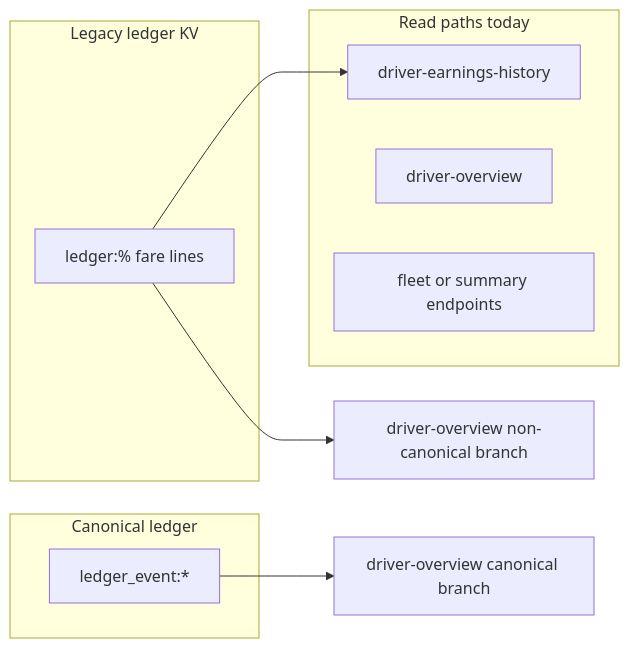
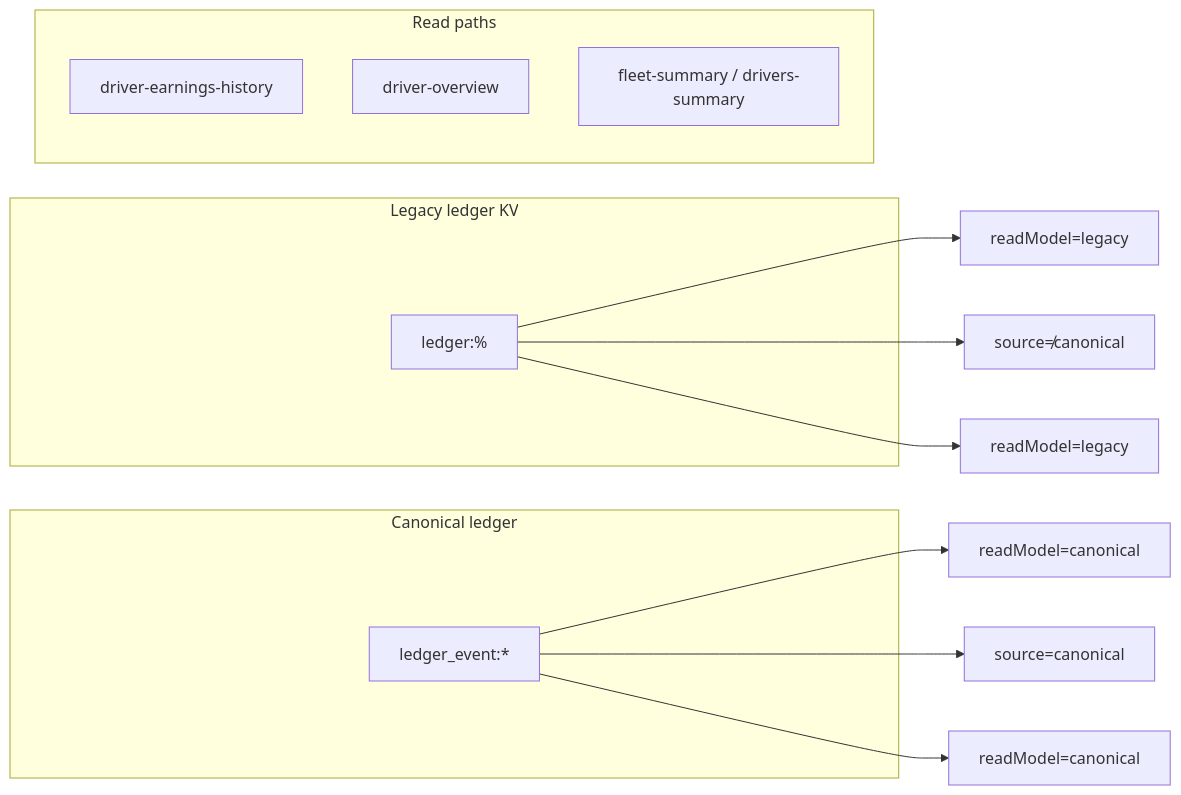
The diagram in src/solution.md (DeekiiiiiiiT/Goride), drawn with Mermaid before and after one commit. The commit also changed other lines of this file and 1 other file, not shown here.

````diff
--- a/src/solution.md
+++ b/src/solution.md
@@ -14,17 +14,20 @@
 ```mermaid
 flowchart LR
   subgraph legacy [Legacy ledger KV]
-    L[ledger:% fare lines]
+    L[ledger:%]
   end
   subgraph canonical [Canonical ledger]
     E[ledger_event:*]
   end
-  subgraph reads [Read paths today]
+  subgraph reads [Read paths]
     EH[driver-earnings-history]
     OV[driver-overview]
-    FS[fleet or summary endpoints]
+    FS[fleet-summary / drivers-summary]
   end
-  L --> EH
-  L --> OV_noncanon[driver-overview non-canonical branch]
-  E --> OV_canon[driver-overview canonical branch]
+  L --> EH_legacy[readModel=legacy]
+  L --> OV_legacy[source≠canonical]
+  L --> FS_legacy[readModel=legacy]
+  E --> EH_canon[readModel=canonical]
+  E --> OV_canon[source=canonical]
+  E --> FS_canon[readModel=canonical]
 ```
````
